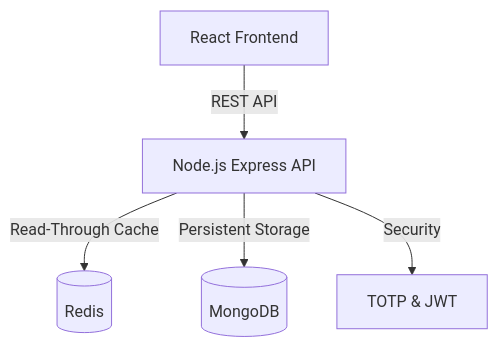
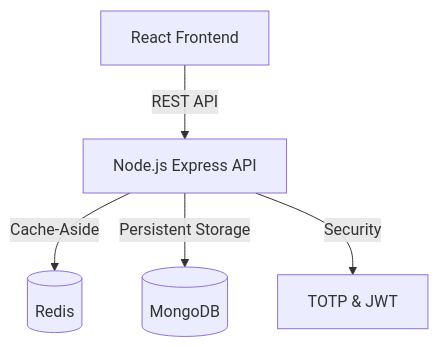
One commit to vinamras19/it-asset-management-portal changed the first of 2 diagrams in README.md. Above: the diagram before and after it, drawn with Mermaid. The commit also changed other lines of this file, not shown here.

Commit message:
docs: update system architecture and setup details

````diff
--- a/README.md
+++ b/README.md
@@ -20,7 +20,7 @@
 ```mermaid
 graph TD
     Client[React Frontend] -->|REST API| API[Node.js Express API]
-    API -->|Read-Through Cache| Cache[(Redis)]
+    API -->|Cache-Aside| Cache[(Redis)]
     API -->|Persistent Storage| DB[(MongoDB)]
-    API -->|Security| Auth[TOTP & JWT]
+    API -->|Security| Auth["TOTP & JWT"]
 ```
````
